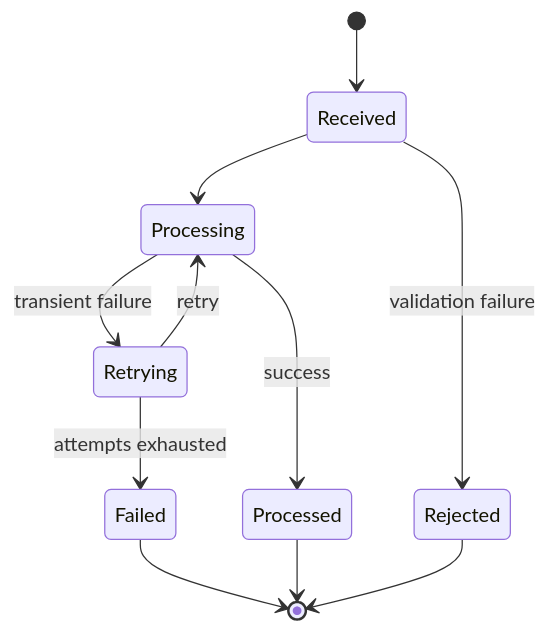
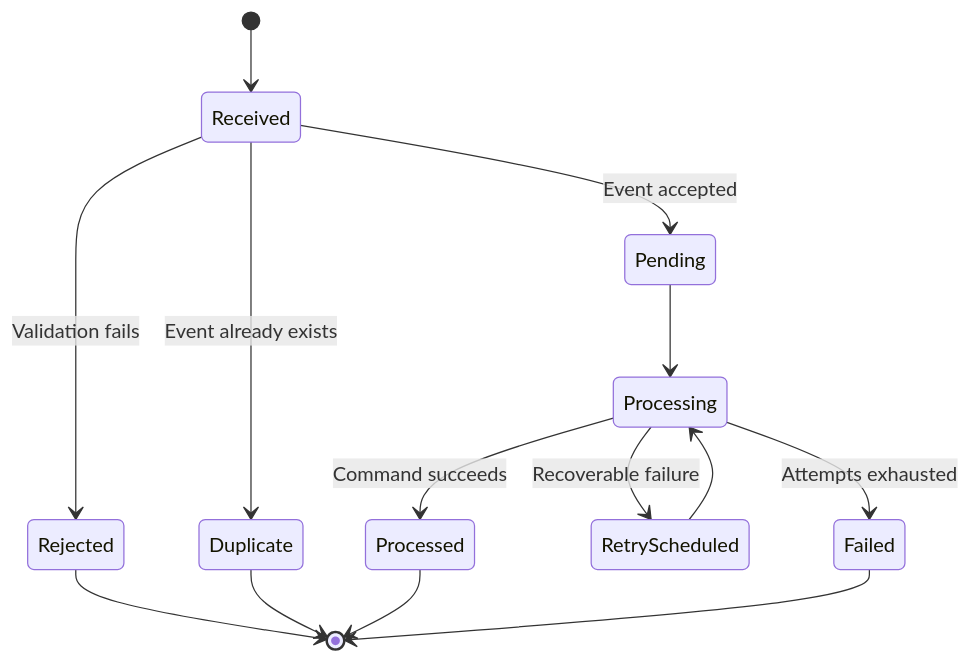
Before and after one commit to kay-freeman/flowlens: the diagram in docs/integration-contracts.md, drawn with Mermaid. The commit also changed other lines of this file, not shown here.

Commit message:
Generalize FlowLens integration contracts

````diff
--- a/docs/integration-contracts.md
+++ b/docs/integration-contracts.md
@@ -482,13 +776,16 @@
 ```mermaid
 stateDiagram-v2
     [*] --> Received
-    Received --> Processing
-    Processing --> Processed: success
-    Processing --> Retrying: transient failure
-    Retrying --> Processing: retry
-    Retrying --> Failed: attempts exhausted
-    Received --> Rejected: validation failure
+    Received --> Rejected: Validation fails
+    Received --> Duplicate: Event already exists
+    Received --> Pending: Event accepted
+    Pending --> Processing
+    Processing --> Processed: Command succeeds
+    Processing --> RetryScheduled: Recoverable failure
+    RetryScheduled --> Processing
+    Processing --> Failed: Attempts exhausted
+    Rejected --> [*]
+    Duplicate --> [*]
+    Processed --> [*]
     Failed --> [*]
-    Processed --> [*]
-    Rejected --> [*]
 ```
````
